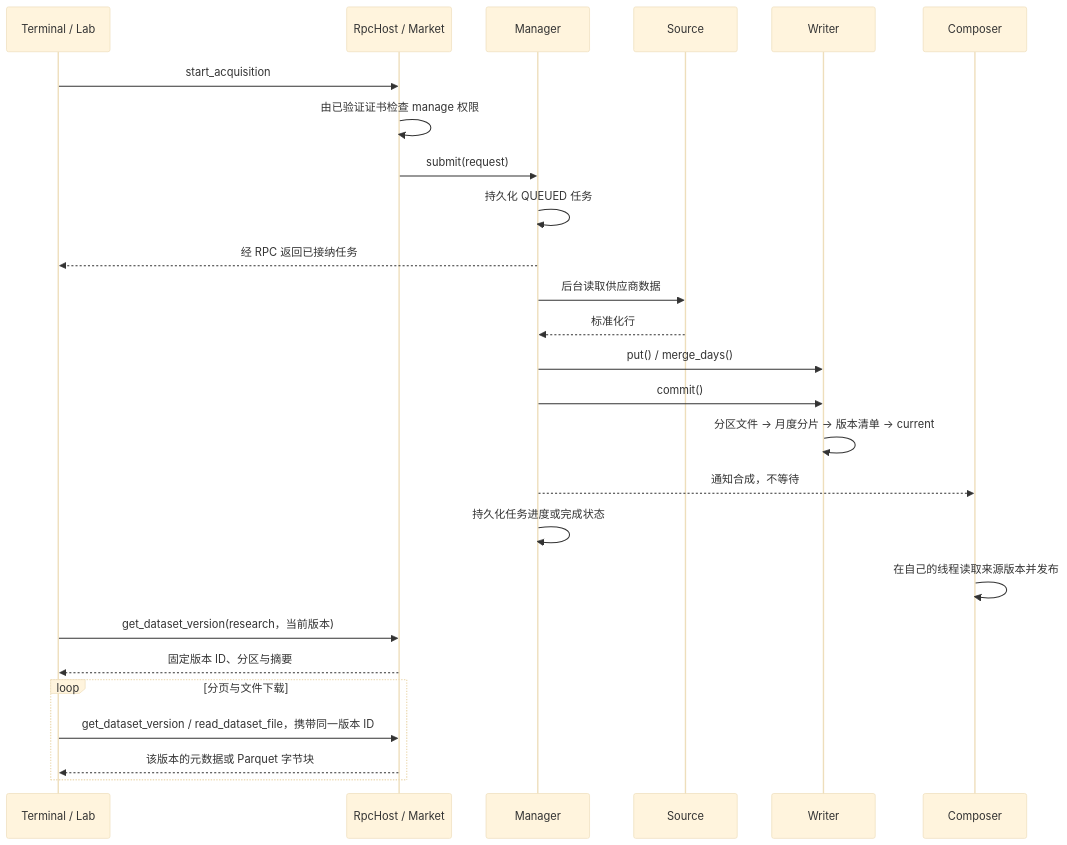
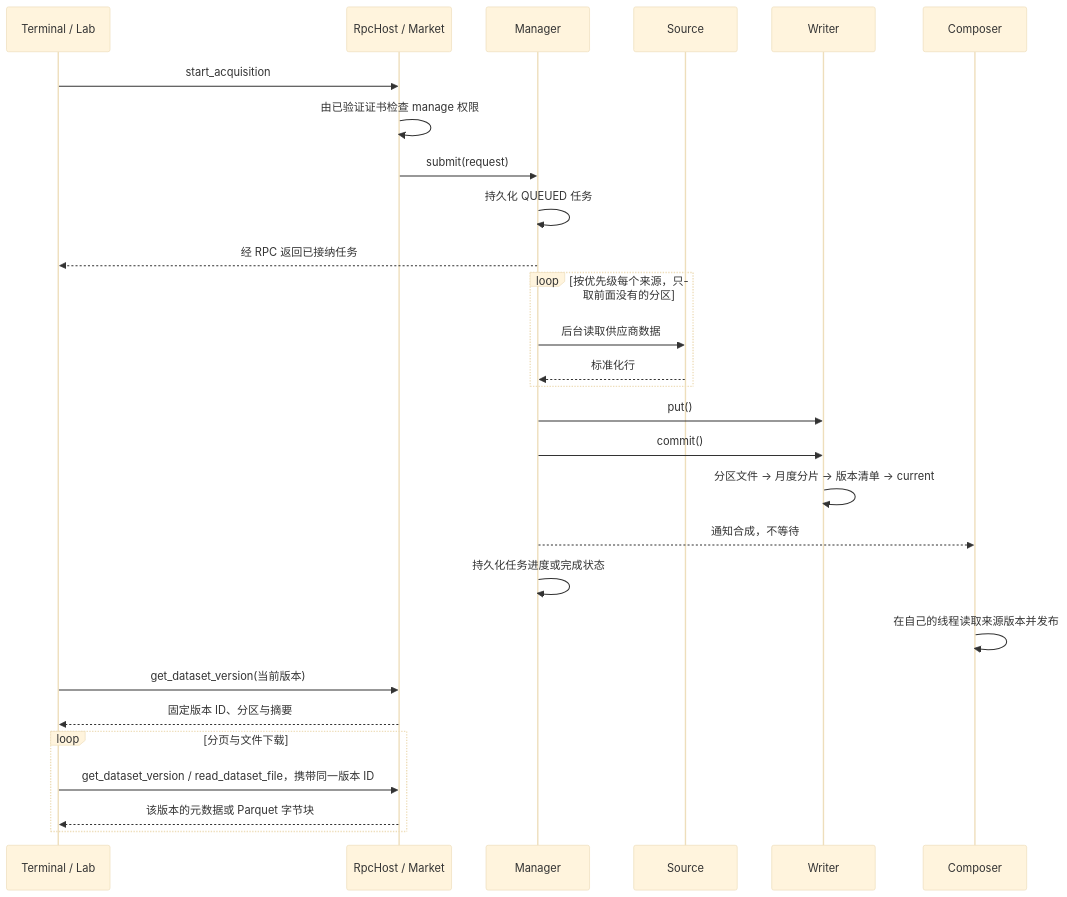
One commit to isqiwen/asterion-terminal changed the fifth of 5 diagrams in docs/market/architecture.md. Above: the diagram before and after it, drawn with Mermaid (base theme). The commit also changed other lines of this file and 36 other files, not shown here.

````diff
--- a/docs/market/architecture.md
+++ b/docs/market/architecture.md
@@ -154,28 +153,30 @@
 ```mermaid
 sequenceDiagram
     participant Client as Terminal / Lab
     participant RPC as RpcHost / Market
     participant Manager
     participant Source
     participant Writer
     participant Research as Composer
     Client->>RPC: start_acquisition
     RPC->>RPC: 由已验证证书检查 manage 权限
     RPC->>Manager: submit(request)
     Manager->>Manager: 持久化 QUEUED 任务
     Manager-->>Client: 经 RPC 返回已接纳任务
-    Manager->>Source: 后台读取供应商数据
-    Source-->>Manager: 标准化行
-    Manager->>Writer: put() / merge_days()
+    loop 按优先级每个来源，只取前面没有的分区
+        Manager->>Source: 后台读取供应商数据
+        Source-->>Manager: 标准化行
+    end
+    Manager->>Writer: put()
     Manager->>Writer: commit()
     Writer->>Writer: 分区文件 → 月度分片 → 版本清单 → current
     Manager-->>Research: 通知合成，不等待
     Manager->>Manager: 持久化任务进度或完成状态
     Research->>Research: 在自己的线程读取来源版本并发布
-    Client->>RPC: get_dataset_version(research，当前版本)
+    Client->>RPC: get_dataset_version(当前版本)
     RPC-->>Client: 固定版本 ID、分区与摘要
     loop 分页与文件下载
         Client->>RPC: get_dataset_version / read_dataset_file，携带同一版本 ID
         RPC-->>Client: 该版本的元数据或 Parquet 字节块
     end
 ```
````
